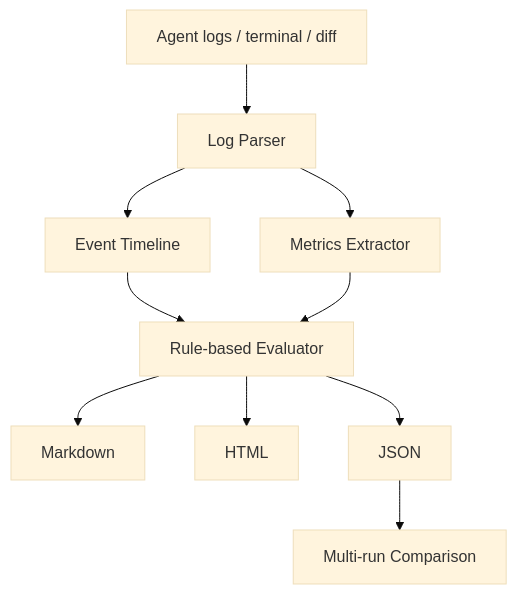
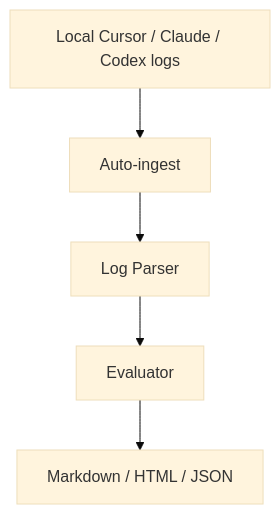
One commit to tangyf07/AgentOps-Lite changed the diagram in README.md. Above: the diagram before and after it, drawn with Mermaid (base theme). The commit also changed other lines of this file and 14 other files, not shown here.

First line of the commit message:
Make AgentOps Lite a pip-installable local tool

````diff
--- a/README.md
+++ b/README.md
@@ -16,12 +32,7 @@
 ```mermaid
 flowchart TD
-    A[Agent logs / terminal / diff] --> B[Log Parser]
-    B --> C[Event Timeline]
-    B --> D[Metrics Extractor]
-    C --> E[Rule-based Evaluator]
-    D --> E
-    E --> F[Markdown]
-    E --> G[HTML]
-    E --> H[JSON]
-    H --> I[Multi-run Comparison]
+    A[Local Cursor / Claude / Codex logs] --> B[Auto-ingest]
+    B --> C[Log Parser]
+    C --> D[Evaluator]
+    D --> E[Markdown / HTML / JSON]
 ```
````
